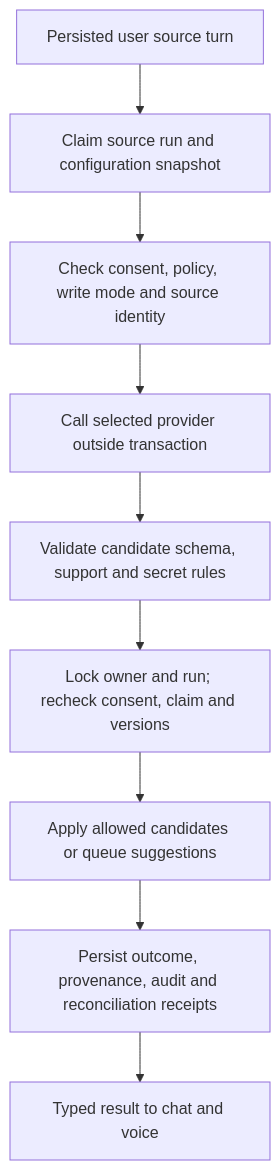
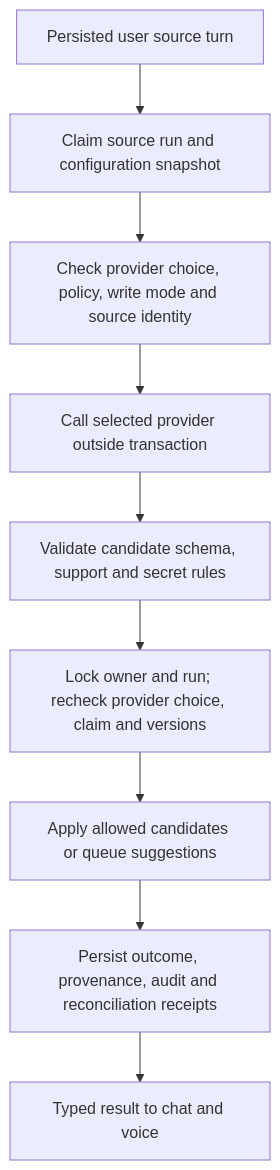
One commit to bereciartua/funes-vault changed the fourth of 4 diagrams in ARCHITECTURE.md. Above: the diagram before and after it, drawn with Mermaid. The commit also changed other lines of this file and 35 other files, not shown here.

````diff
--- a/ARCHITECTURE.md
+++ b/ARCHITECTURE.md
@@ -152,11 +152,11 @@
 ```mermaid
 flowchart TD
     Source[Persisted user source turn] --> Claim[Claim source run and configuration snapshot]
-    Claim --> Gate[Check consent, policy, write mode and source identity]
+    Claim --> Gate[Check provider choice, policy, write mode and source identity]
     Gate --> Provider[Call selected provider outside transaction]
     Provider --> Validate[Validate candidate schema, support and secret rules]
-    Validate --> Commit[Lock owner and run; recheck consent, claim and versions]
+    Validate --> Commit[Lock owner and run; recheck provider choice, claim and versions]
     Commit --> Apply[Apply allowed candidates or queue suggestions]
     Apply --> Audit[Persist outcome, provenance, audit and reconciliation receipts]
     Audit --> UI[Typed result to chat and voice]
 ```
````
